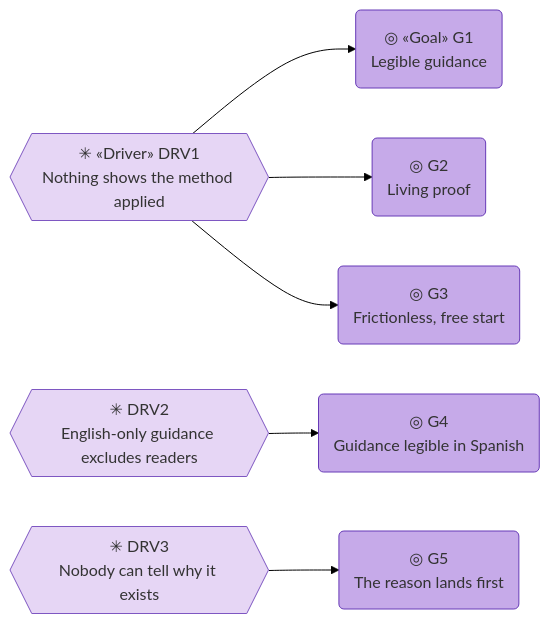
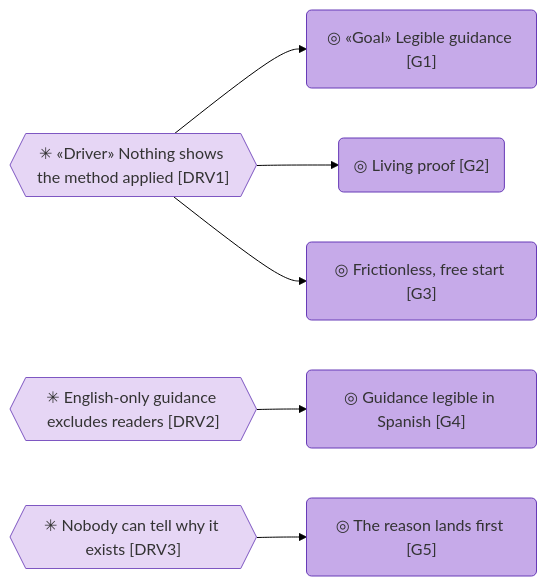
Before and after one commit to roanboc/architecture-archreator: the third of 4 diagrams in product-archreator/site/architecture/1_strategy/1_motivation.md, drawn with Mermaid (forest theme). The commit also changed other lines of this file and 38 other files, not shown here.

````diff
--- a/product-archreator/site/architecture/1_strategy/1_motivation.md
+++ b/product-archreator/site/architecture/1_strategy/1_motivation.md
@@ -78,21 +78,21 @@
 ```mermaid
 flowchart LR
-  drv1{{"✳ «Driver» DRV1<br>Nothing shows the method applied"}}:::driver
-  drv2{{"✳ DRV2<br>English-only guidance excludes readers"}}:::driver
-  drv3{{"✳ DRV3<br>Nobody can tell why it exists"}}:::driver
+  drv1{{"✳ «Driver» Nothing shows the method applied [DRV1]"}}:::driver
+  drv2{{"✳ English-only guidance excludes readers [DRV2]"}}:::driver
+  drv3{{"✳ Nobody can tell why it exists [DRV3]"}}:::driver
 
-  g1("◎ «Goal» G1<br>Legible guidance"):::goal
-  g2("◎ G2<br>Living proof"):::goal
-  g3("◎ G3<br>Frictionless, free start"):::goal
-  g4("◎ G4<br>Guidance legible in Spanish"):::goal
-  g5("◎ G5<br>The reason lands first"):::goal
+  g1("◎ «Goal» Legible guidance [G1]"):::goal
+  g2("◎ Living proof [G2]"):::goal
+  g3("◎ Frictionless, free start [G3]"):::goal
+  g4("◎ Guidance legible in Spanish [G4]"):::goal
+  g5("◎ The reason lands first [G5]"):::goal
 
   drv1 --> g1
   drv1 --> g2
   drv1 --> g3
   drv2 --> g4
   drv3 --> g5
 
   classDef driver fill:#e6d6f5,stroke:#7e57c2,color:#333
   classDef goal fill:#c6aae9,stroke:#673ab7,color:#333
 ```
````
